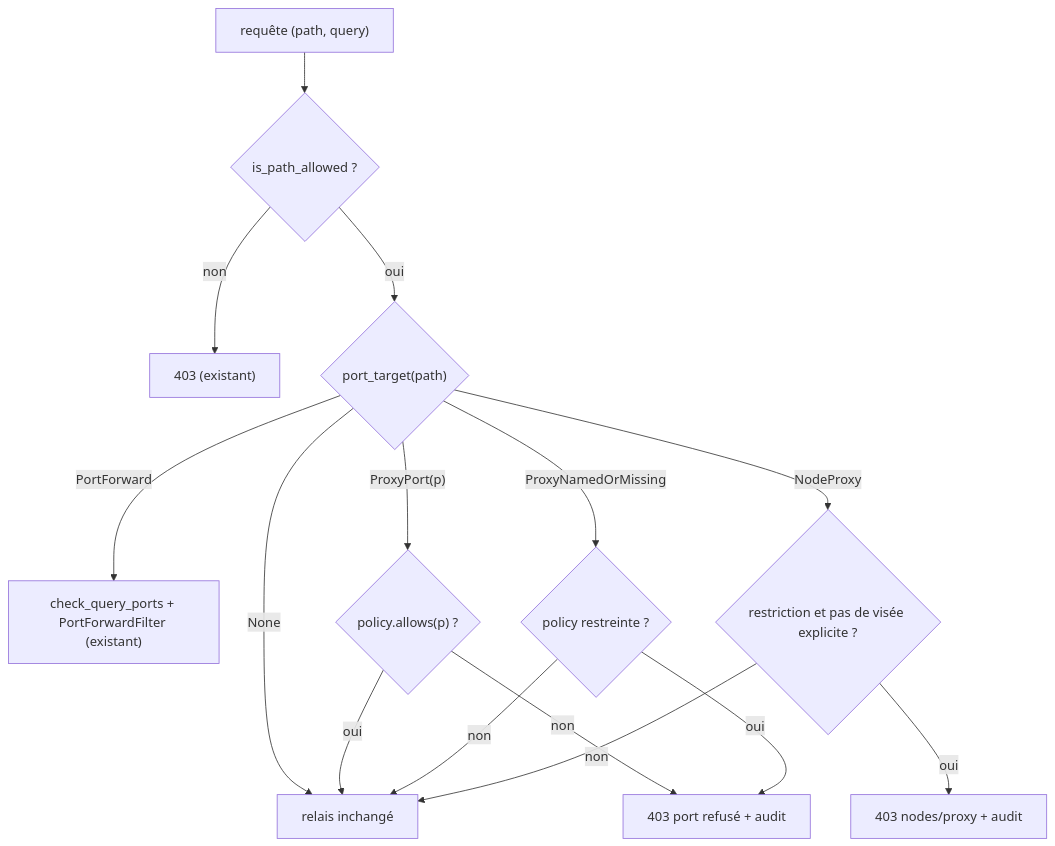
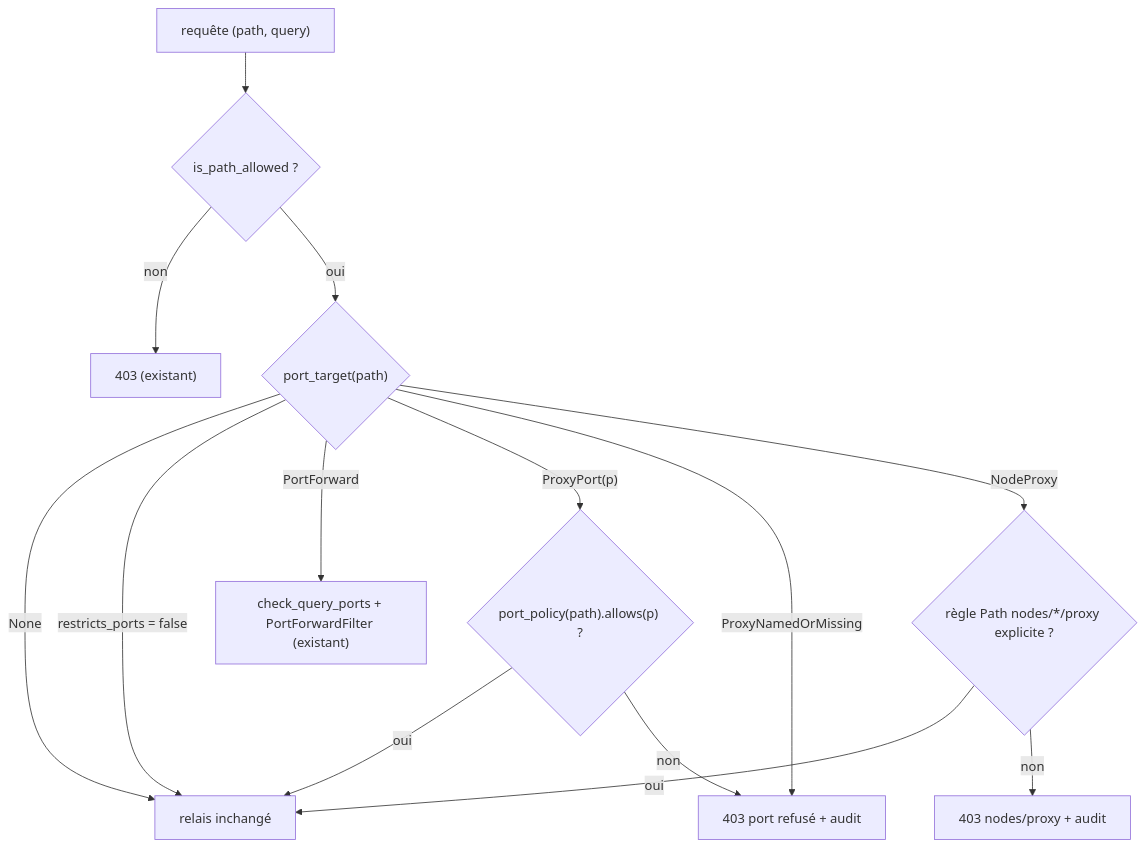
Before and after one commit to batleforc/ProxyAuthK8S: the second of 3 diagrams in .rfc/0003-port-forward-filtering-gaps.md, drawn with Mermaid. The commit also changed other lines of this file and 12 other files, not shown here.

````diff
--- a/.rfc/0003-port-forward-filtering-gaps.md
+++ b/.rfc/0003-port-forward-filtering-gaps.md
@@ -194,17 +236,16 @@
 ```mermaid
 flowchart TD
     R["requête (path, query)"] --> A{"is_path_allowed ?"}
     A -->|non| D403["403 (existant)"]
     A -->|oui| K{"port_target(path)"}
     K -->|"None"| FWD["relais inchangé"]
+    K -->|"restricts_ports = false"| FWD
     K -->|"PortForward"| Q["check_query_ports + PortForwardFilter (existant)"]
-    K -->|"ProxyPort(p)"| P{"policy.allows(p) ?"}
-    K -->|"ProxyNamedOrMissing"| R2{"policy restreinte ?"}
-    K -->|"NodeProxy"| N{"restriction et pas de visée explicite ?"}
+    K -->|"ProxyPort(p)"| P{"port_policy(path).allows(p) ?"}
+    K -->|"ProxyNamedOrMissing"| D403b["403 port refusé + audit"]
+    K -->|"NodeProxy"| N{"règle Path nodes/*/proxy explicite ?"}
     P -->|oui| FWD
-    P -->|non| D403b["403 port refusé + audit"]
-    R2 -->|oui| D403b
-    R2 -->|non| FWD
-    N -->|oui| D403c["403 nodes/proxy + audit"]
-    N -->|non| FWD
+    P -->|non| D403b
+    N -->|oui| FWD
+    N -->|non| D403c["403 nodes/proxy + audit"]
 ```
````
